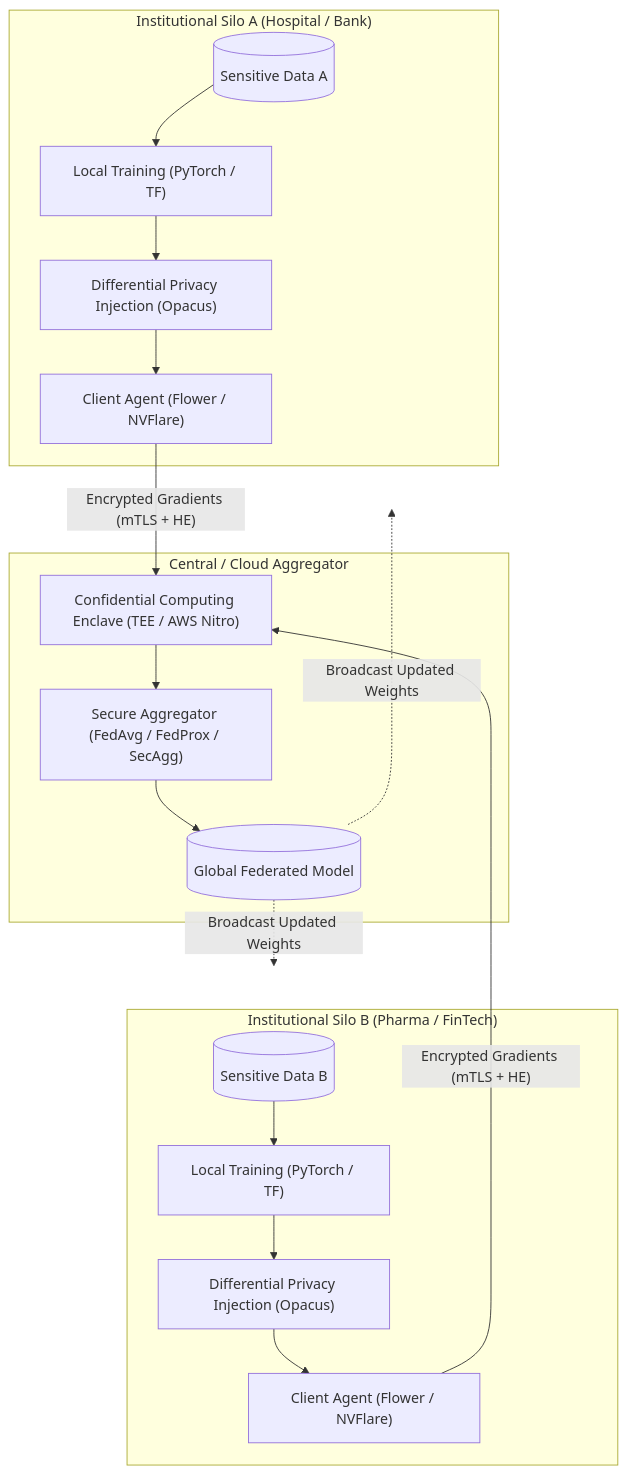
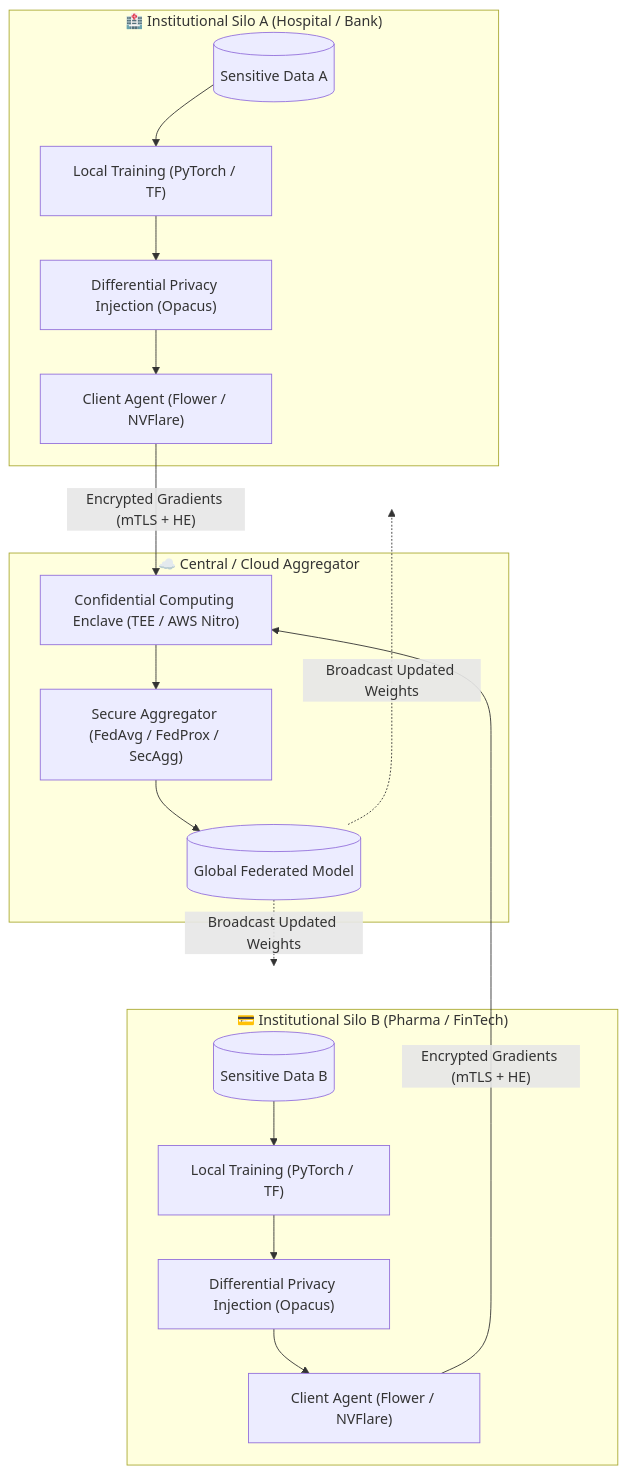
One commit to ishandutta2007/Awesome-Federated-Learning-Infrastructure changed the diagram in README.md. Above: the diagram before and after it, drawn with Mermaid. The commit also changed other lines of this file, not shown here.

Commit message:
Decorate README with emojis, custom Awesome and Discord badges, follower badge, Support section, and Star History chart

````diff
--- a/README.md
+++ b/README.md
@@ -212,28 +217,28 @@
 ```mermaid
 flowchart TD
-    subgraph Silo_A["Institutional Silo A (Hospital / Bank)"]
+    subgraph Silo_A["🏥 Institutional Silo A (Hospital / Bank)"]
         DataA[("Sensitive Data A")] --> TrainA["Local Training (PyTorch / TF)"]
         TrainA --> DPA["Differential Privacy Injection (Opacus)"]
         DPA --> NodeA["Client Agent (Flower / NVFlare)"]
     end
 
-    subgraph Silo_B["Institutional Silo B (Pharma / FinTech)"]
+    subgraph Silo_B["💳 Institutional Silo B (Pharma / FinTech)"]
         DataB[("Sensitive Data B")] --> TrainB["Local Training (PyTorch / TF)"]
         TrainB --> DPB["Differential Privacy Injection (Opacus)"]
         DPB --> NodeB["Client Agent (Flower / NVFlare)"]
     end
 
-    subgraph Aggregator["Central / Cloud Aggregator"]
+    subgraph Aggregator["☁️ Central / Cloud Aggregator"]
         TEE["Confidential Computing Enclave (TEE / AWS Nitro)"]
         SecAgg["Secure Aggregator (FedAvg / FedProx / SecAgg)"]
         GlobalModel[("Global Federated Model")]
         
         TEE --> SecAgg
         SecAgg --> GlobalModel
     end
 
     NodeA -- "Encrypted Gradients (mTLS + HE)" --> TEE
     NodeB -- "Encrypted Gradients (mTLS + HE)" --> TEE
     GlobalModel -. "Broadcast Updated Weights" .-> Silo_A
     GlobalModel -. "Broadcast Updated Weights" .-> Silo_B
 ```
````
